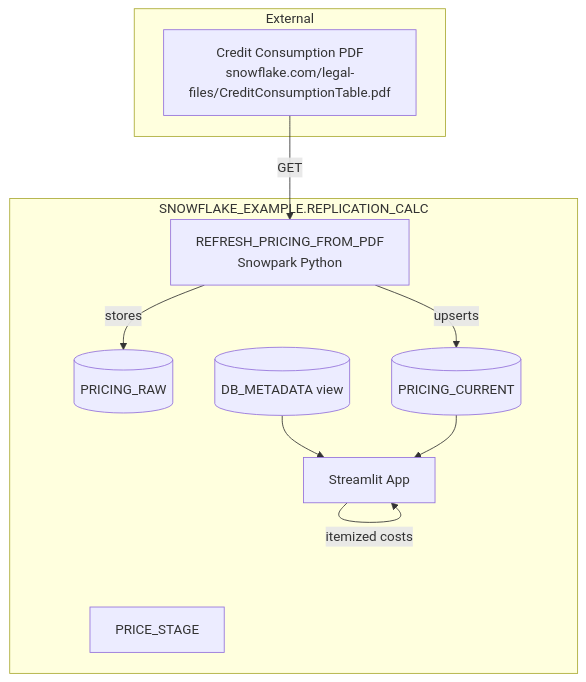
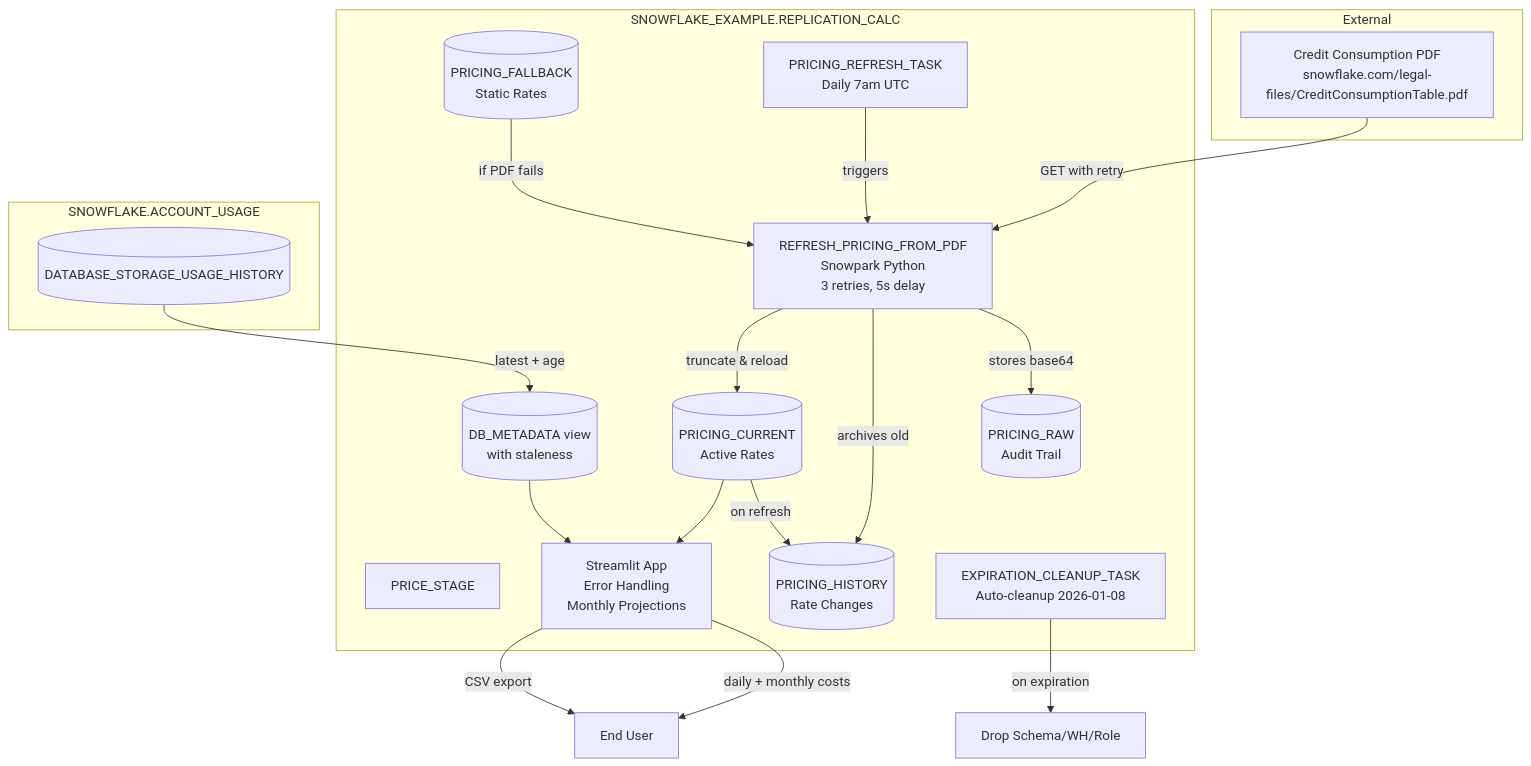
Before and after one commit to sfc-gh-miwhitaker/replicatethis: the diagram in diagrams/data-flow.md, drawn with Mermaid. The commit also changed other lines of this file and 7 other files, not shown here.

````diff
--- a/diagrams/data-flow.md
+++ b/diagrams/data-flow.md
@@ -14,21 +14,35 @@
 ```mermaid
 graph TB
   subgraph "External"
     PDF[Credit Consumption PDF<br/>snowflake.com/legal-files/CreditConsumptionTable.pdf]
   end
   subgraph "SNOWFLAKE_EXAMPLE.REPLICATION_CALC"
     Stage[PRICE_STAGE]
-    Raw[(PRICING_RAW)]
-    Proc[REFRESH_PRICING_FROM_PDF<br/>Snowpark Python]
-    Current[(PRICING_CURRENT)]
-    DBMeta[(DB_METADATA view)]
-    Streamlit[Streamlit App]
+    Raw[(PRICING_RAW<br/>Audit Trail)]
+    Fallback[(PRICING_FALLBACK<br/>Static Rates)]
+    History[(PRICING_HISTORY<br/>Rate Changes)]
+    Proc[REFRESH_PRICING_FROM_PDF<br/>Snowpark Python<br/>3 retries, 5s delay]
+    Current[(PRICING_CURRENT<br/>Active Rates)]
+    DBMeta[(DB_METADATA view<br/>with staleness)]
+    Streamlit[Streamlit App<br/>Error Handling<br/>Monthly Projections]
+    Task1[PRICING_REFRESH_TASK<br/>Daily 7am UTC]
+    Task2[EXPIRATION_CLEANUP_TASK<br/>Auto-cleanup 2026-01-08]
+  end
+  subgraph "SNOWFLAKE.ACCOUNT_USAGE"
+    DBUsage[(DATABASE_STORAGE_USAGE_HISTORY)]
   end
 
-  PDF -->|GET| Proc
-  Proc -->|stores| Raw
-  Proc -->|upserts| Current
+  PDF -->|GET with retry| Proc
+  Proc -->|stores base64| Raw
+  Proc -->|archives old| History
+  Current -->|on refresh| History
+  Fallback -->|if PDF fails| Proc
+  Proc -->|truncate & reload| Current
+  DBUsage -->|latest + age| DBMeta
   DBMeta --> Streamlit
   Current --> Streamlit
-  Streamlit -->|itemized costs| Streamlit
+  Streamlit -->|daily + monthly costs| User[End User]
+  Streamlit -->|CSV export| User
+  Task1 -->|triggers| Proc
+  Task2 -->|on expiration| Cleanup[Drop Schema/WH/Role]
 ```
````
